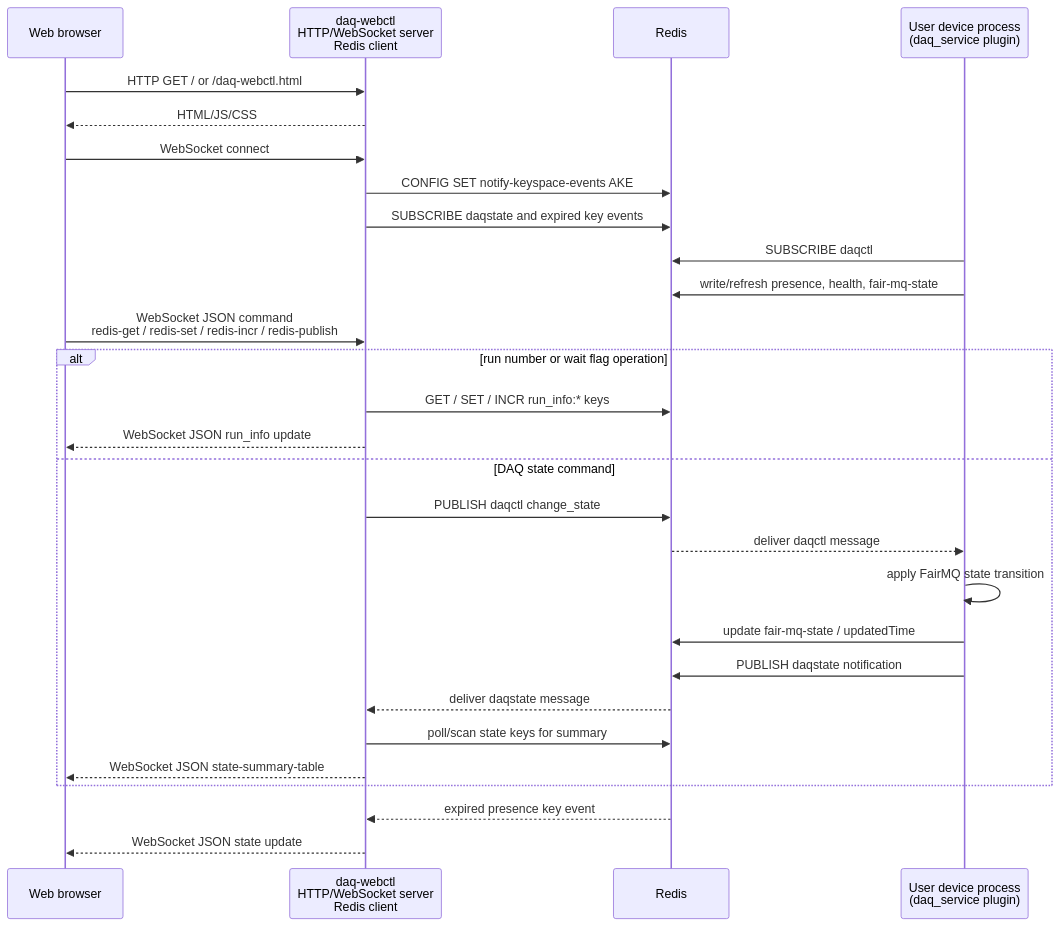
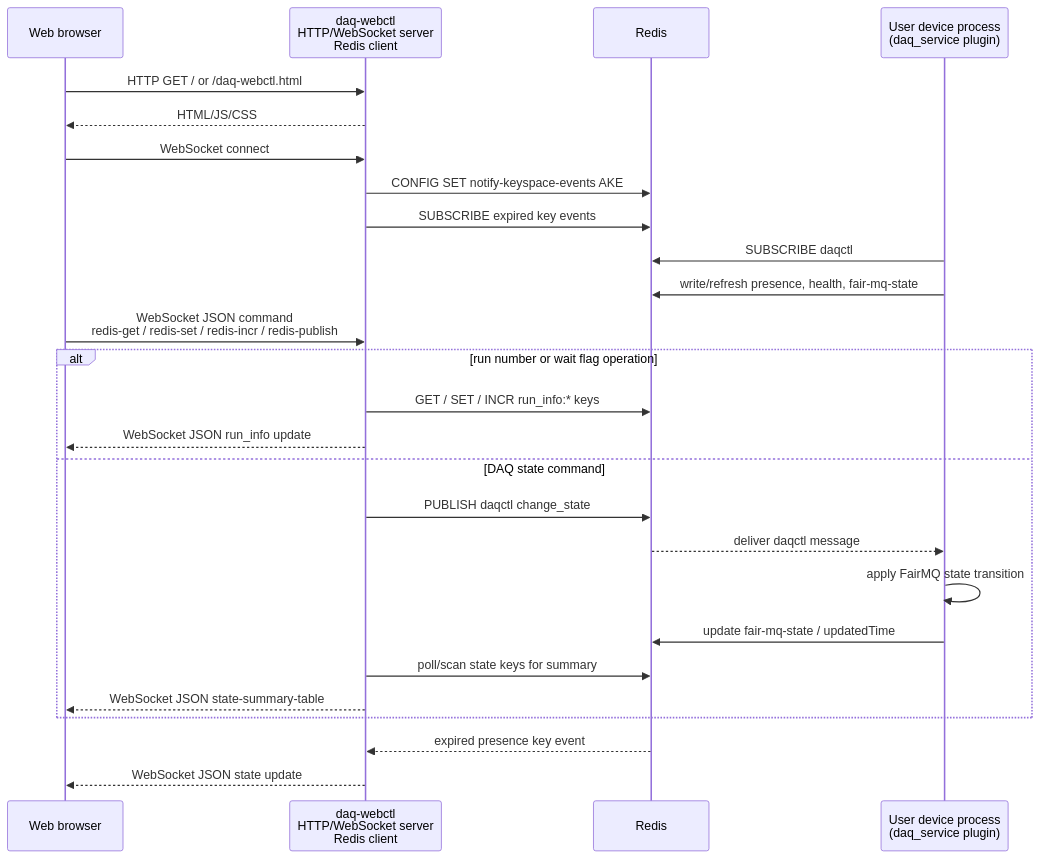
The diagram in controller/README.md (tntakahashi/nestdaq), drawn with Mermaid before and after one commit. The commit also changed other lines of this file and 1 other file, not shown here.

Commit message:
docs: clarify daq pubsub target filtering docs: add daq_service ttl lifecycle diagram

````diff
--- a/controller/README.md
+++ b/controller/README.md
@@ -58,31 +58,29 @@
 ```mermaid
 sequenceDiagram
   participant Browser as Web browser
   participant WebCtl as daq-webctl<br/>HTTP/WebSocket server<br/>Redis client
   participant Redis as Redis
   participant Device as User device process<br/>(daq_service plugin)
 
   Browser->>WebCtl: HTTP GET / or /daq-webctl.html
   WebCtl-->>Browser: HTML/JS/CSS
   Browser->>WebCtl: WebSocket connect
   WebCtl->>Redis: CONFIG SET notify-keyspace-events AKE
-  WebCtl->>Redis: SUBSCRIBE daqstate and expired key events
+  WebCtl->>Redis: SUBSCRIBE expired key events
   Device->>Redis: SUBSCRIBE daqctl
   Device->>Redis: write/refresh presence, health, fair-mq-state
   Browser->>WebCtl: WebSocket JSON command<br/>redis-get / redis-set / redis-incr / redis-publish
   alt run number or wait flag operation
     WebCtl->>Redis: GET / SET / INCR run_info:* keys
     WebCtl-->>Browser: WebSocket JSON run_info update
   else DAQ state command
     WebCtl->>Redis: PUBLISH daqctl change_state
     Redis-->>Device: deliver daqctl message
     Device->>Device: apply FairMQ state transition
     Device->>Redis: update fair-mq-state / updatedTime
-    Device->>Redis: PUBLISH daqstate notification
-    Redis-->>WebCtl: deliver daqstate message
     WebCtl->>Redis: poll/scan state keys for summary
     WebCtl-->>Browser: WebSocket JSON state-summary-table
   end
   Redis-->>WebCtl: expired presence key event
   WebCtl-->>Browser: WebSocket JSON state update
 ```
````
